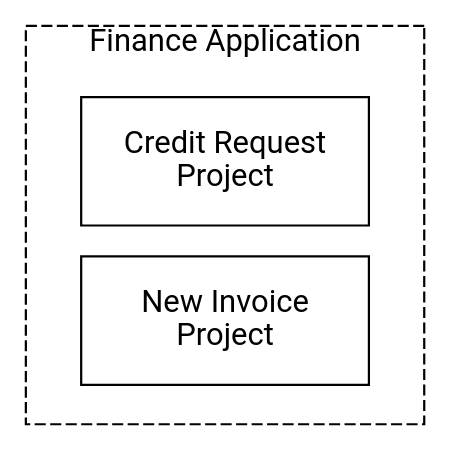
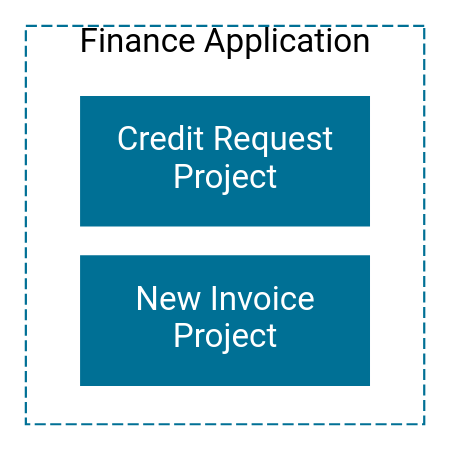
One commit to bernhardAxonIvy/doc changed the diagram in source/concepts/application-lifecycle/finance-app.dot. Above: the diagram before and after it, drawn with Graphviz. The commit also changed 15 other files, not shown here.

First line of the commit message:
XIVY-9337 doc update all dot graphics for wysiwyg (#649)

```diff
--- a/source/concepts/application-lifecycle/finance-app.dot
+++ b/source/concepts/application-lifecycle/finance-app.dot
@@ -1,9 +1,12 @@
 digraph financeapp {
   layout=neato;
-  node [shape=box, fontname="Roboto,Helvetica Neue,Arial,sans-serif", fixedsize="true", margin=0.1]; 
-  
+
+  node [shape=box, height="0.8", width="2", color="#007095", style=filled, fixedsize="true", margin=0, 
+        fontname="Roboto,Helvetica Neue,Arial,sans-serif", fontcolor="white", fontsize=15
+       ]; 
+    
   /* nodes */
   financeapp [label="Finance Application",      pos="0,0.0!", width=2.5, height=2.5, style="dashed", fontcolor="black", labelloc="t"];
   sendinvoice [label="Credit Request\nProject", pos="0,0.4!", width=1.8, height=0.8];
   newinvoice [label="New Invoice\nProject"      pos="0,-0.6!", width=1.8, height=0.8];
 }
```
